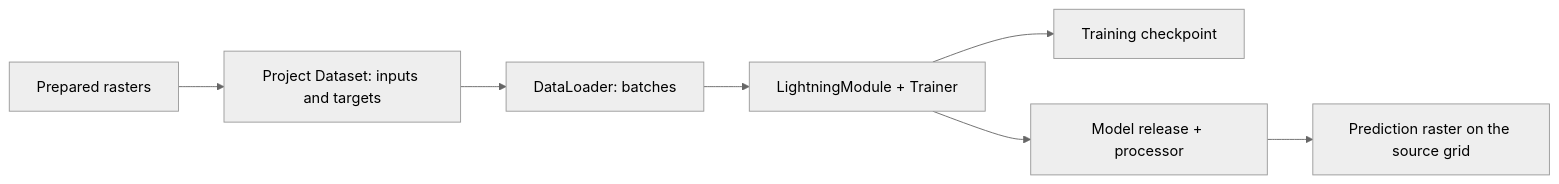
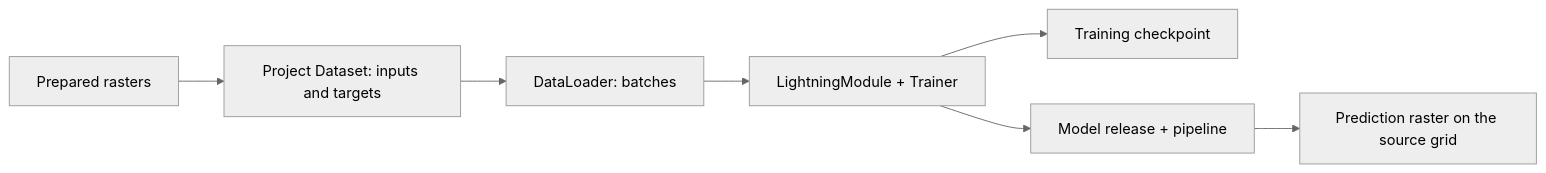
Before and after one commit to weedkat/geosave: the diagram in docs/concepts/data-flow.md, drawn with Mermaid (neutral theme). The commit also changed other lines of this file and 244 other files, not shown here.

````diff
--- a/docs/concepts/data-flow.md
+++ b/docs/concepts/data-flow.md
@@ -58,9 +56,9 @@
 ```mermaid
 flowchart LR
     rasters[Prepared rasters] --> samples[Project Dataset: inputs and targets]
     samples --> batches[DataLoader: batches]
     batches --> training[LightningModule + Trainer]
     training --> checkpoint[Training checkpoint]
-    training --> release[Model release + processor]
+    training --> release[Model release + pipeline]
     release --> product[Prediction raster on the source grid]
 ```
````
